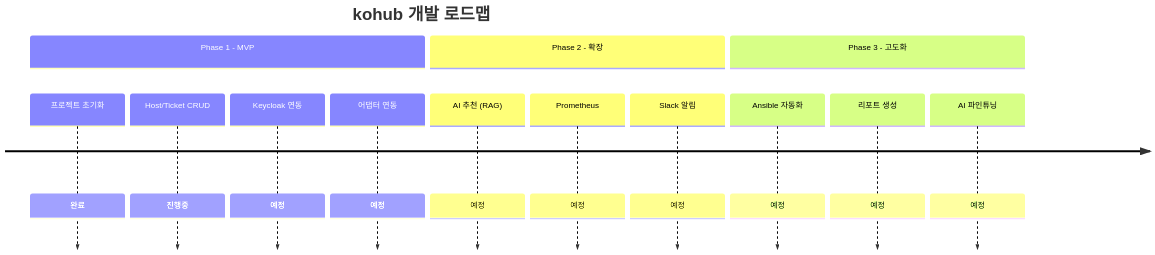
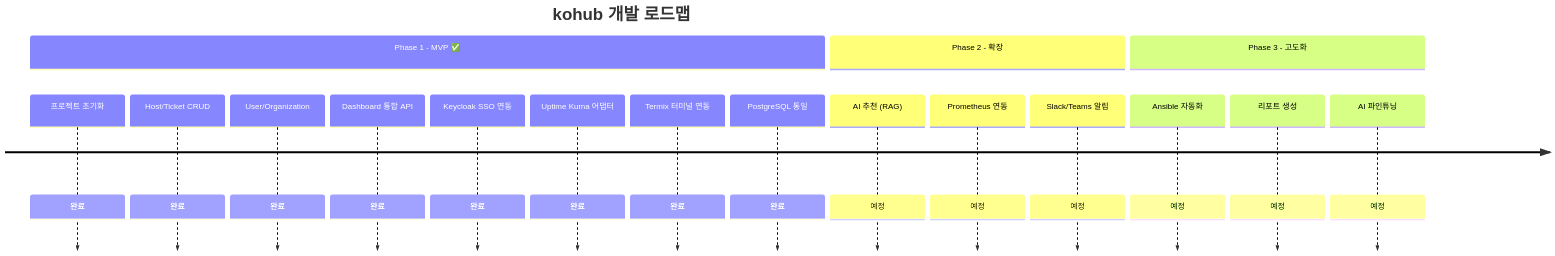
One commit to bullpae/kohub changed the seventh of 7 diagrams in README.md. Above: the diagram before and after it, drawn with Mermaid. The commit also changed other lines of this file and 15 other files, not shown here.

````diff
--- a/README.md
+++ b/README.md
@@ -218,20 +267,24 @@
 ```mermaid
 timeline
     title kohub 개발 로드맵
     
-    section Phase 1 - MVP
+    section Phase 1 - MVP ✅
         프로젝트 초기화 : 완료
-        Host/Ticket CRUD : 진행중
-        Keycloak 연동 : 예정
-        어댑터 연동 : 예정
+        Host/Ticket CRUD : 완료
+        User/Organization : 완료
+        Dashboard 통합 API : 완료
+        Keycloak SSO 연동 : 완료
+        Uptime Kuma 어댑터 : 완료
+        Termix 터미널 연동 : 완료
+        PostgreSQL 통일 : 완료
     
     section Phase 2 - 확장
         AI 추천 (RAG) : 예정
-        Prometheus : 예정
-        Slack 알림 : 예정
+        Prometheus 연동 : 예정
+        Slack/Teams 알림 : 예정
     
     section Phase 3 - 고도화
         Ansible 자동화 : 예정
         리포트 생성 : 예정
         AI 파인튜닝 : 예정
 ```
````
